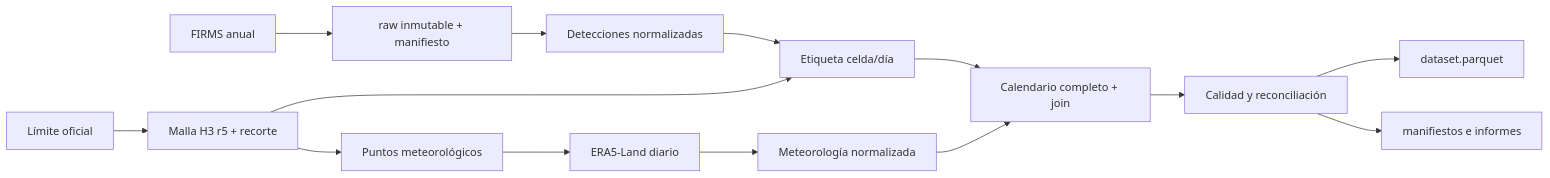
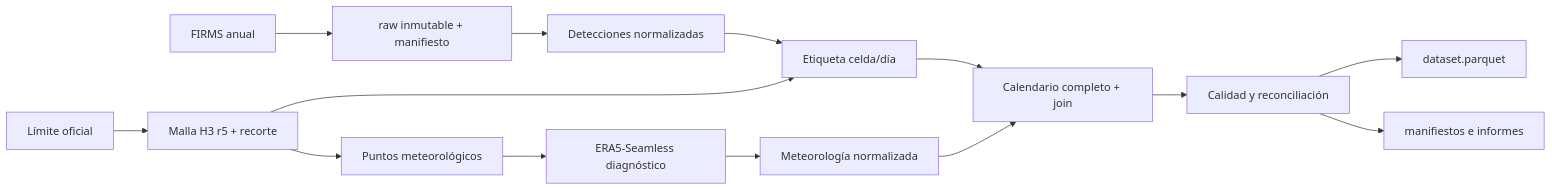
The diagram in DATA_ENGINEERING_SUBPLAN.md (celcg/wildfire-tracker), drawn with Mermaid before and after one commit. The commit also changed other lines of this file and 3 other files, not shown here.

Commit message:
docs: refine Galicia forecast validation roadmap

````diff
--- a/DATA_ENGINEERING_SUBPLAN.md
+++ b/DATA_ENGINEERING_SUBPLAN.md
@@ -37,16 +46,16 @@
 ```mermaid
 flowchart LR
     F[FIRMS anual] --> R[raw inmutable + manifiesto]
     B[Límite oficial] --> G[Malla H3 r5 + recorte]
     R --> N[Detecciones normalizadas]
     N --> L[Etiqueta celda/día]
     G --> L
     G --> P[Puntos meteorológicos]
-    W[ERA5-Land diario] --> M[Meteorología normalizada]
+    W[ERA5-Seamless diagnóstico] --> M[Meteorología normalizada]
     P --> W
     L --> J[Calendario completo + join]
     M --> J
     J --> Q[Calidad y reconciliación]
     Q --> D[dataset.parquet]
     Q --> A[manifiestos e informes]
 ```
````
